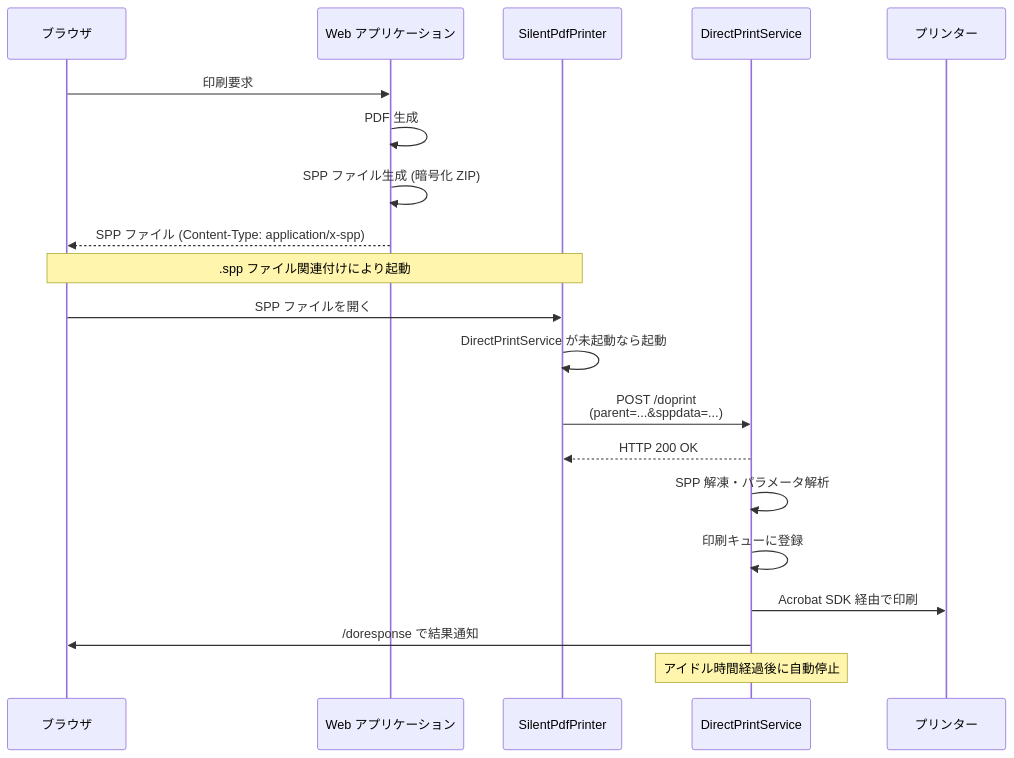
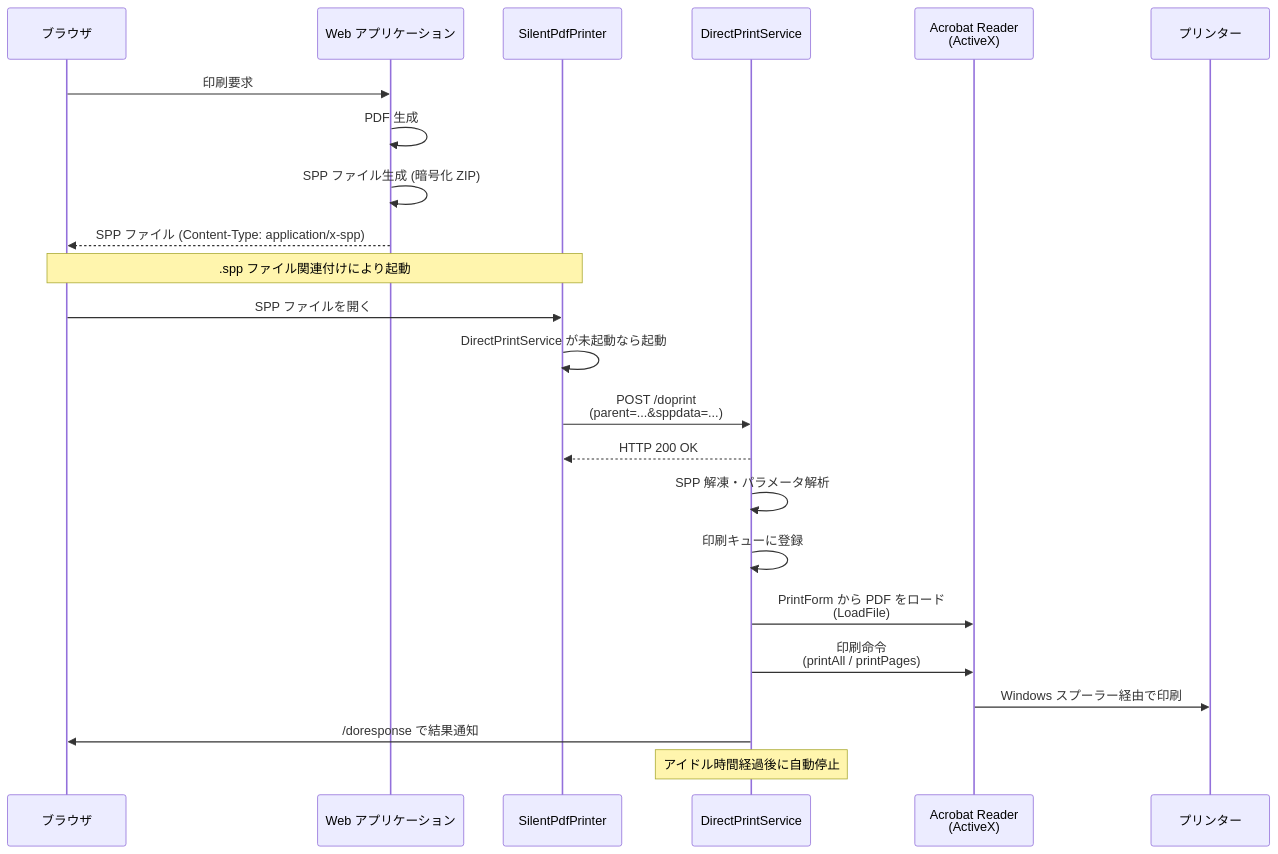
One commit to biz-Stream/bizprint changed the second of 3 diagrams in docs/architecture.md. Above: the diagram before and after it, drawn with Mermaid. The commit also changed other lines of this file and 1 other file, not shown here.

First line of the commit message:
architecture.md の PDF 印刷メカニズムを実態に合わせて修正し Acrobat Reader 前提条件を追記（#33）

````diff
--- a/docs/architecture.md
+++ b/docs/architecture.md
@@ -44,23 +52,26 @@
 ```mermaid
 sequenceDiagram
     participant Browser as ブラウザ
     participant WebApp as Web アプリケーション
     participant SPP as SilentPdfPrinter
     participant DPS as DirectPrintService
+    participant Acrobat as Acrobat Reader<br/>(ActiveX)
     participant Printer as プリンター
 
     Browser ->> WebApp: 印刷要求
     WebApp ->> WebApp: PDF 生成
     WebApp ->> WebApp: SPP ファイル生成 (暗号化 ZIP)
     WebApp -->> Browser: SPP ファイル (Content-Type: application/x-spp)
     Note over Browser,SPP: .spp ファイル関連付けにより起動
     Browser ->> SPP: SPP ファイルを開く
     SPP ->> SPP: DirectPrintService が未起動なら起動
     SPP ->> DPS: POST /doprint<br/>(parent=...&sppdata=...)
     DPS -->> SPP: HTTP 200 OK
     DPS ->> DPS: SPP 解凍・パラメータ解析
     DPS ->> DPS: 印刷キューに登録
-    DPS ->> Printer: Acrobat SDK 経由で印刷
+    DPS ->> Acrobat: PrintForm から PDF をロード<br/>(LoadFile)
+    DPS ->> Acrobat: 印刷命令<br/>(printAll / printPages)
+    Acrobat ->> Printer: Windows スプーラー経由で印刷
     DPS ->> Browser: /doresponse で結果通知
     Note over DPS: アイドル時間経過後に自動停止
 ```
````
